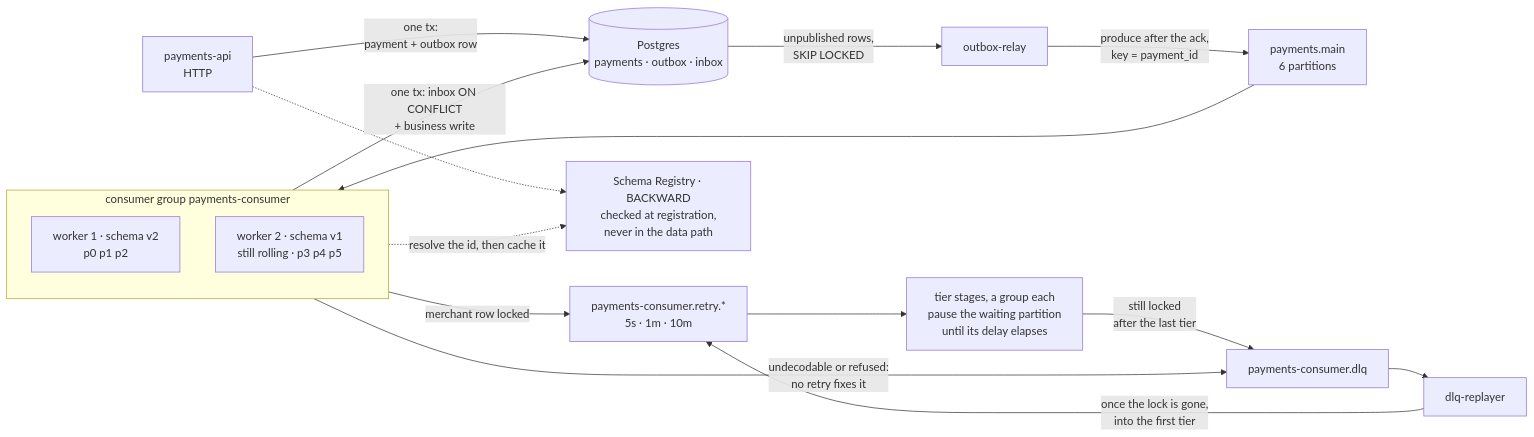
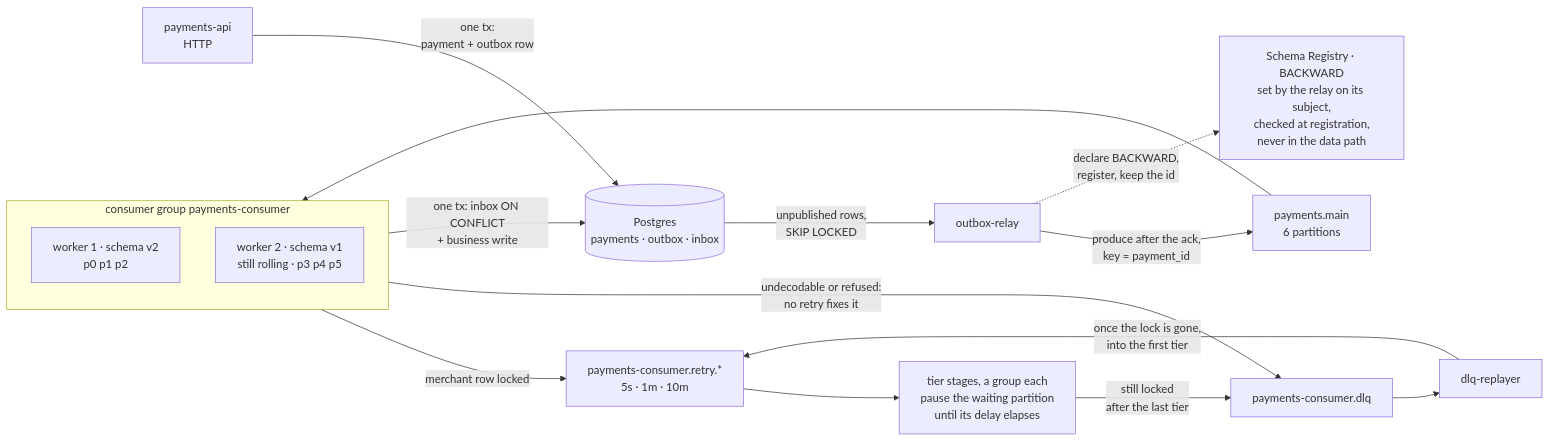
Before and after one commit to DmytroLysenko1/Kafka-lab: the diagram in README.md, drawn with Mermaid. The commit also changed other lines of this file and 215 other files, not shown here.

````diff
--- a/README.md
+++ b/README.md
@@ -200,25 +261,24 @@
 ```mermaid
 flowchart LR
     API["payments-api<br/>HTTP"] -->|"one tx:<br/>payment + outbox row"| PG[("Postgres<br/>payments · outbox · inbox")]
     PG -->|"unpublished rows,<br/>SKIP LOCKED"| REL["outbox-relay"]
     REL -->|"produce after the ack,<br/>key = payment_id"| MAIN["payments.main<br/>6 partitions"]
     MAIN --> CG
 
     subgraph CG["consumer group payments-consumer"]
         direction TB
         W1["worker 1 · schema v2<br/>p0 p1 p2"]
         W2["worker 2 · schema v1<br/>still rolling · p3 p4 p5"]
     end
 
     CG -->|"merchant row locked"| RETRY["payments-consumer.retry.*<br/>5s · 1m · 10m"]
     RETRY --> RC["tier stages, a group each<br/>pause the waiting partition<br/>until its delay elapses"]
     RC -->|"still locked<br/>after the last tier"| DLQ["payments-consumer.dlq"]
     CG -->|"undecodable or refused:<br/>no retry fixes it"| DLQ
     DLQ --> RP["dlq-replayer"]
     RP -->|"once the lock is gone,<br/>into the first tier"| RETRY
     CG -->|"one tx: inbox ON CONFLICT<br/>+ business write"| PG
 
-    SR["Schema Registry · BACKWARD<br/>checked at registration,<br/>never in the data path"]
-    API -.-> SR
-    CG -.->|"resolve the id, then cache it"| SR
+    SR["Schema Registry · BACKWARD<br/>set by the relay on its subject,<br/>checked at registration,<br/>never in the data path"]
+    REL -.->|"declare BACKWARD,<br/>register, keep the id"| SR
 ```
````
